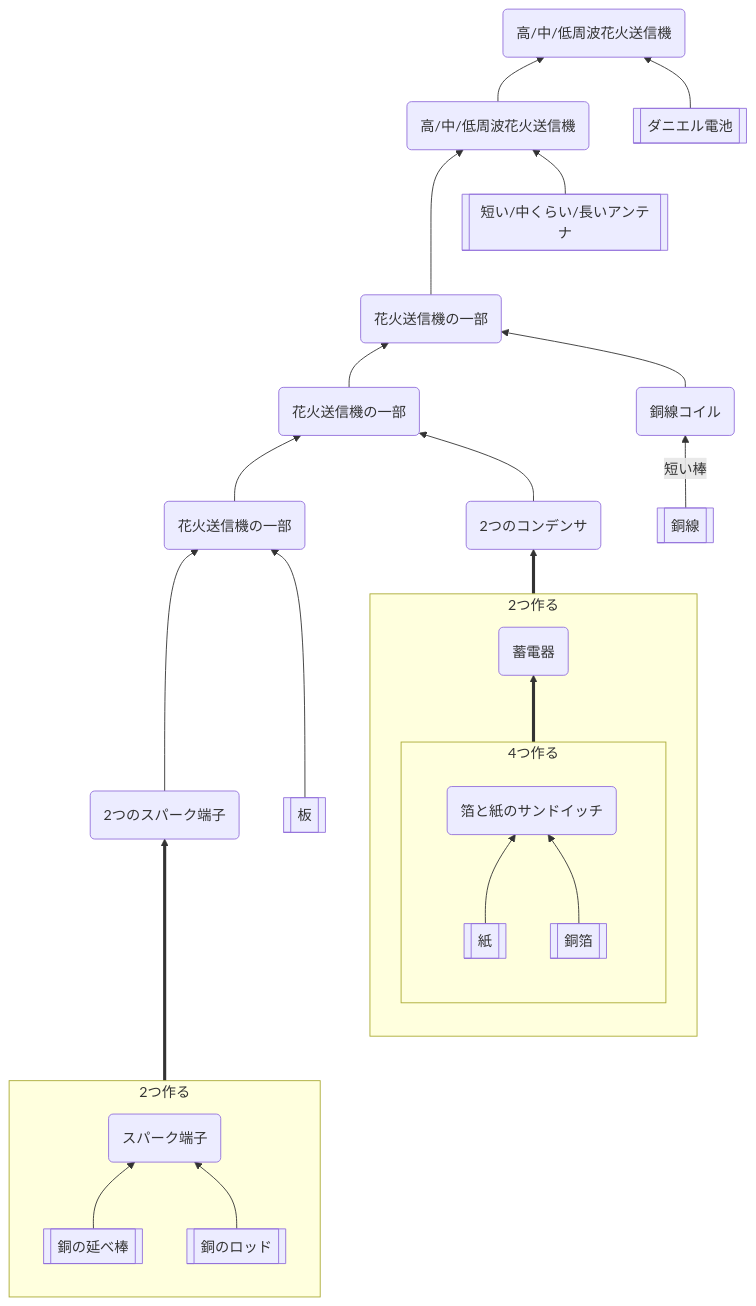
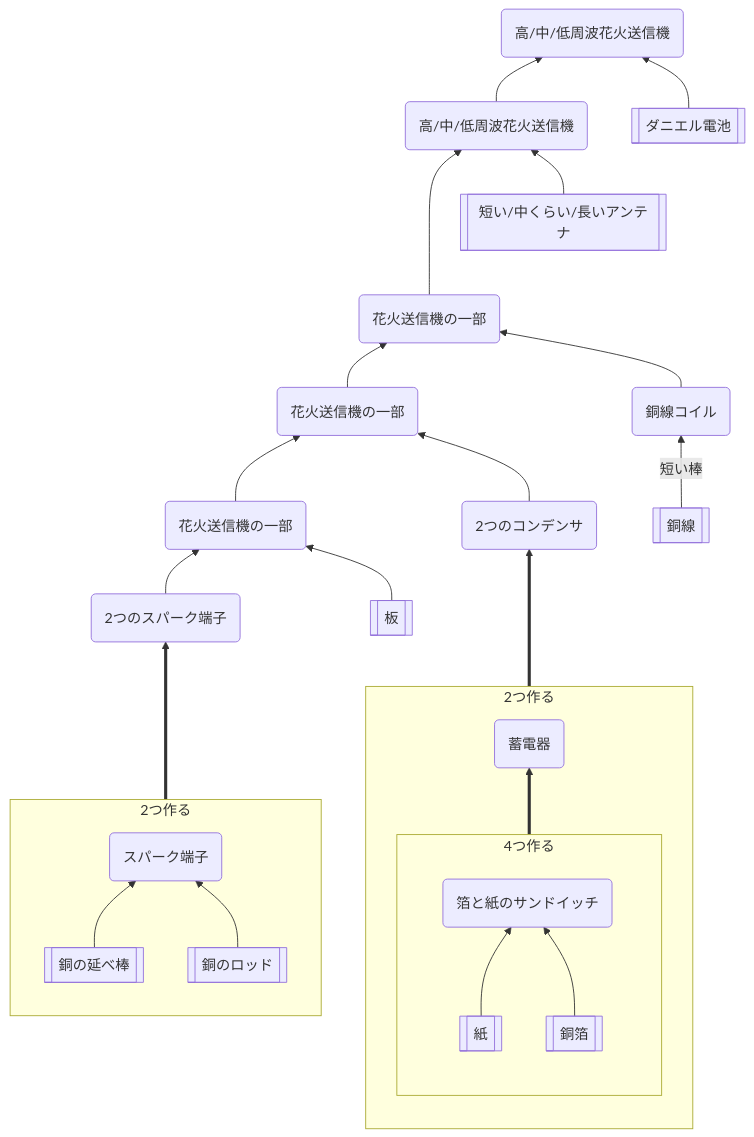
Before and after one commit to aya-0p/yah-craft-recipe: the diagram in Marconi-transmitter.md, drawn with Mermaid. The commit also changed other lines of this file, not shown here.

````diff
--- a/Marconi-transmitter.md
+++ b/Marconi-transmitter.md
@@ -2,38 +2,38 @@
 ```mermaid
 flowchart BT
 aa[[銅のロッド]]
 ab[[銅の延べ棒]]
 ac[[板]]
 ad[[紙]]
 ae[[銅箔]]
 af[[銅線]]
 ah[[ダニエル電池]]
 ai[[短い/中くらい/長いアンテナ]]
 subgraph x [2つ作る]
 direction BT
 ab --> ba(スパーク端子)
 aa --> ba
 end
 x ==> bb(2つのスパーク端子)
 bb --> bc(花火送信機の一部)
 ac --> bc
 subgraph z [2つ作る]
 direction BT
 subgraph y [4つ作る]
 direction BT
 ad --> bd(箔と紙のサンドイッチ)
 ae --> bd
 end
 y ==> be(蓄電器)
 end
-z ==> bf(2つのコンデンサ)
+z ===> bf(2つのコンデンサ)
 bc --> bg(花火送信機の一部)
 bf --> bg
 af -->|短い棒| bh(銅線コイル)
 bg --> bi(花火送信機の一部)
 bh --> bi
 bi ---> bj(高/中/低周波花火送信機)
 ai --> bj
 bj --> bm(高/中/低周波花火送信機)
 ah --> bm
 ```
````
